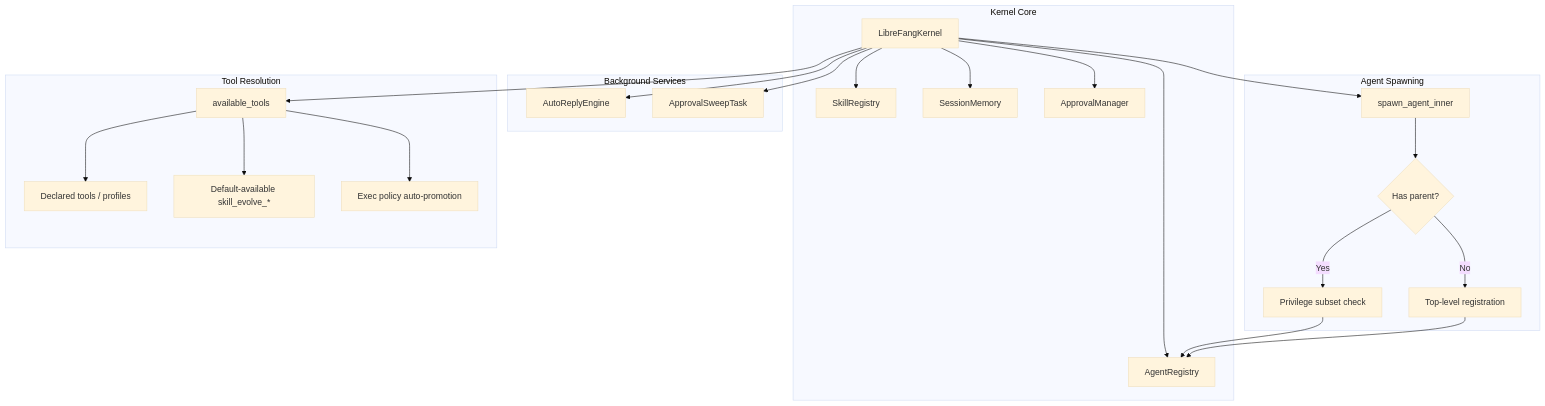
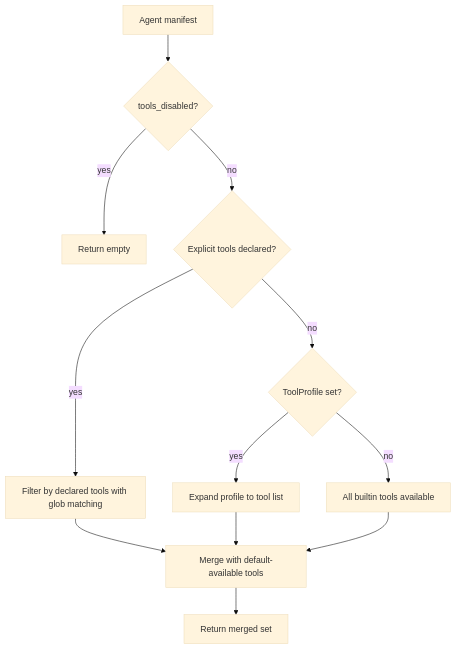
Before and after one commit to leszek3737/librefang-WIki: the diagram in other-librefang-kernel-src.md, drawn with Mermaid (base theme). The commit also changed other lines of this file and 118 other files, not shown here.

````diff
--- a/other-librefang-kernel-src.md
+++ b/other-librefang-kernel-src.md
@@ -9,30 +76,14 @@
 ```mermaid
-graph TD
-    subgraph Kernel Core
-        A[LibreFangKernel] --> B[AgentRegistry]
-        A --> C[SkillRegistry]
-        A --> D[SessionMemory]
-        A --> E[ApprovalManager]
-    end
-
-    subgraph Background Services
-        A --> F[AutoReplyEngine]
-        A --> G[ApprovalSweepTask]
-    end
-
-    subgraph Agent Spawning
-        A --> H[spawn_agent_inner]
-        H --> I{Has parent?}
-        I -->|Yes| J[Privilege subset check]
-        I -->|No| K[Top-level registration]
-        J --> B
-        K --> B
-    end
-
-    subgraph Tool Resolution
-        A --> L[available_tools]
-        L --> M[Declared tools / profiles]
-        L --> N[Default-available skill_evolve_*]
-        L --> O[Exec policy auto-promotion]
-    end
+flowchart TD
+    A[Agent manifest] --> B{tools_disabled?}
+    B -->|yes| C[Return empty]
+    B -->|no| D{Explicit tools declared?}
+    D -->|yes| E[Filter by declared tools with glob matching]
+    D -->|no| F{ToolProfile set?}
+    F -->|yes| G[Expand profile to tool list]
+    F -->|no| H[All builtin tools available]
+    E --> I[Merge with default-available tools]
+    G --> I
+    H --> I
+    I --> J[Return merged set]
 ```
````
